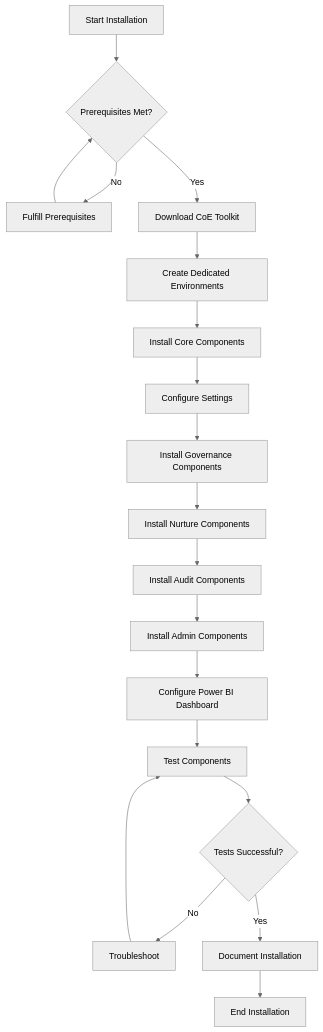
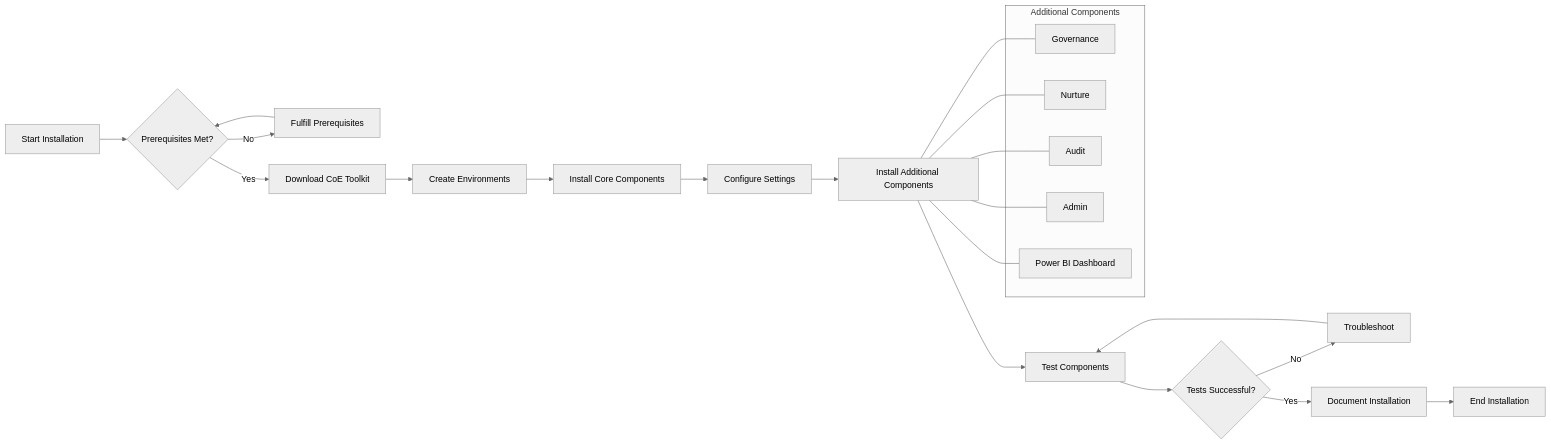
The second of 17 diagrams in docs/power-platform-governance.md (Cloudstrucc/Public), drawn with Mermaid (neutral theme) before and after one commit.

Commit message:
websitev2

````diff
--- a/docs/power-platform-governance.md
+++ b/docs/power-platform-governance.md
@@ -116,21 +116,34 @@
 ```mermaid
-flowchart TD
+flowchart LR
     A[Start Installation] --> B{Prerequisites Met?}
     B -->|No| C[Fulfill Prerequisites]
     C --> B
     B -->|Yes| D[Download CoE Toolkit]
-    D --> E[Create Dedicated Environments]
+    
+    D --> E[Create Environments]
     E --> F[Install Core Components]
     F --> G[Configure Settings]
-    G --> H[Install Governance Components]
-    H --> I[Install Nurture Components]
-    I --> J[Install Audit Components]
-    J --> K[Install Admin Components]
-    K --> L[Configure Power BI Dashboard]
-    L --> M[Test Components]
-    M --> N{Tests Successful?}
-    N -->|No| O[Troubleshoot]
-    O --> M
-    N -->|Yes| P[Document Installation]
-    P --> Q[End Installation]
+    
+    G --> H[Install Additional Components]
+    H --> I[Test Components]
+    I --> J{Tests Successful?}
+    
+    J -->|No| K[Troubleshoot]
+    K --> I
+    J -->|Yes| L[Document Installation]
+    L --> M[End Installation]
+    
+    subgraph "Additional Components"
+    H1[Governance] 
+    H2[Nurture]
+    H3[Audit]
+    H4[Admin]
+    H5[Power BI Dashboard]
+    end
+    
+    H --- H1
+    H --- H2
+    H --- H3
+    H --- H4
+    H --- H5
 ```
````
